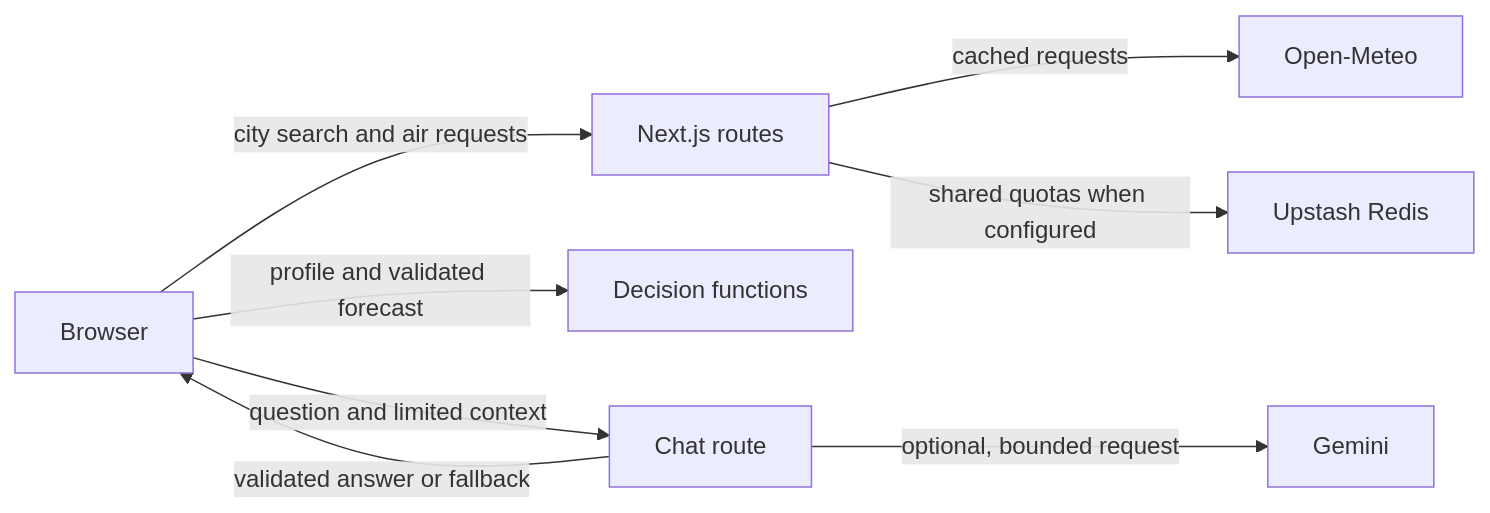
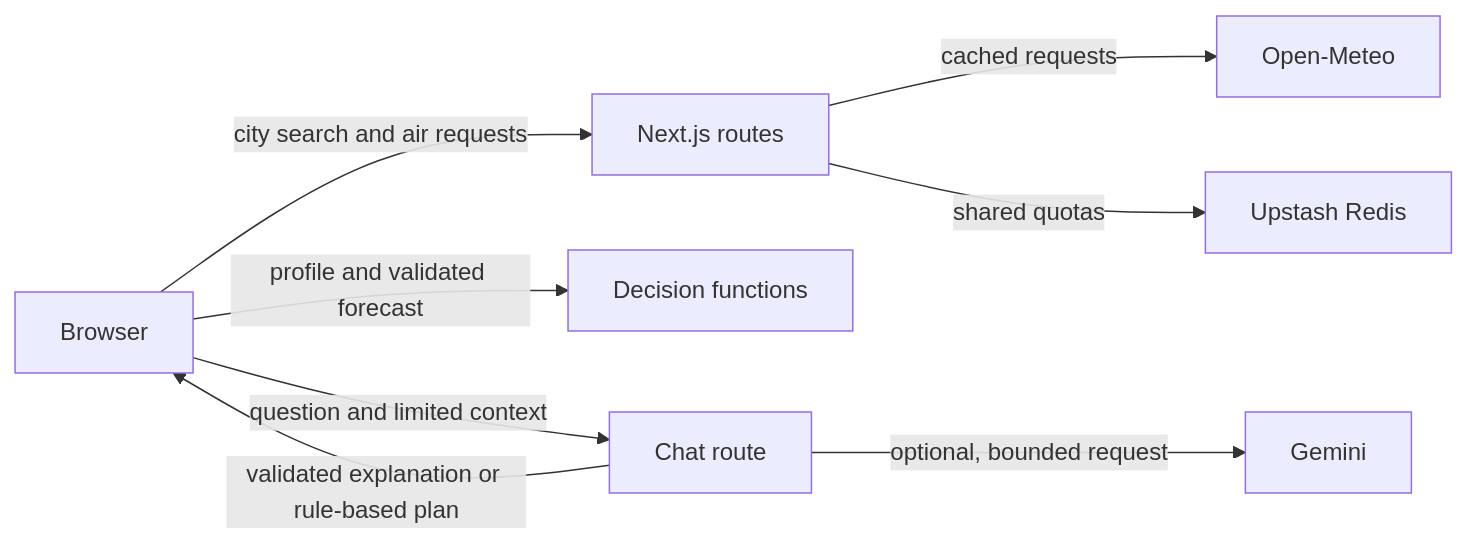
One commit to priyanshuchawda/saafsky changed the diagram in docs/architecture.md. Above: the diagram before and after it, drawn with Mermaid. The commit also changed other lines of this file and 9 other files, not shown here.

````diff
--- a/docs/architecture.md
+++ b/docs/architecture.md
@@ -5,10 +5,10 @@
 ```mermaid
 flowchart LR
   Browser -->|city search and air requests| Routes[Next.js routes]
   Routes -->|cached requests| Meteo[Open-Meteo]
-  Routes -->|shared quotas when configured| Redis[Upstash Redis]
+  Routes -->|shared quotas| Redis[Upstash Redis]
   Browser -->|profile and validated forecast| Policy[Decision functions]
   Browser -->|question and limited context| Chat[Chat route]
   Chat -->|optional, bounded request| Gemini[Gemini]
-  Chat -->|validated answer or fallback| Browser
+  Chat -->|validated explanation or rule-based plan| Browser
 ```
````
